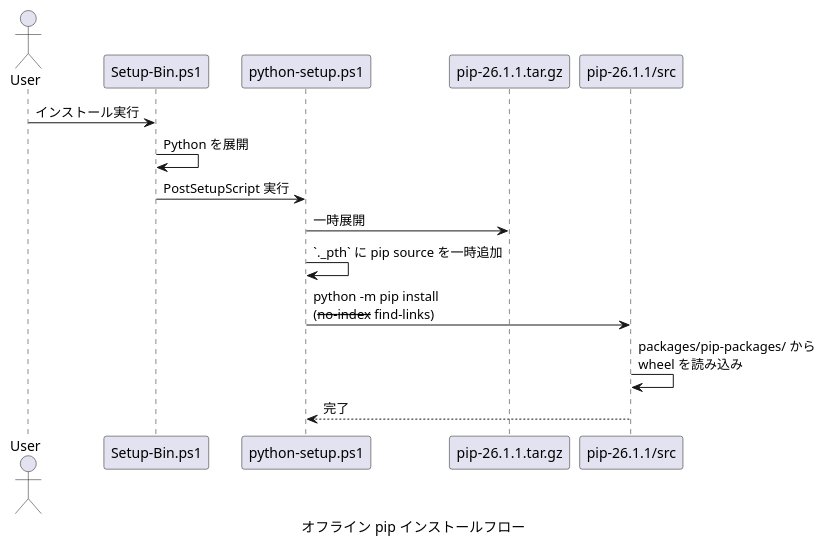
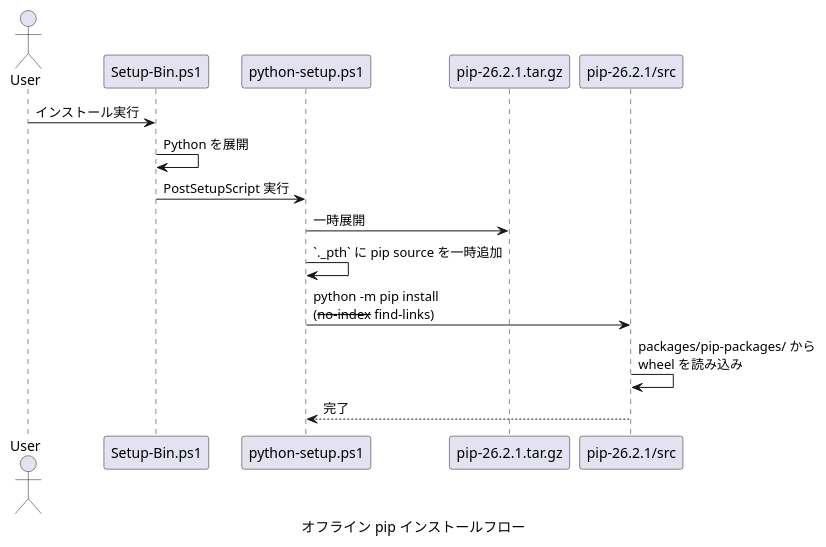
One commit to Hondarer/devbin-win changed the third of 4 diagrams in docs/offline-pip-design.md. Above: the diagram before and after it, drawn with PlantUML. The commit also changed other lines of this file and 18 other files, not shown here.

````diff
--- a/docs/offline-pip-design.md
+++ b/docs/offline-pip-design.md
@@ -129,19 +129,19 @@
 ```plantuml
 @startuml オフライン pip インストールフロー
 caption オフライン pip インストールフロー
 actor User
 participant "Setup-Bin.ps1" as Setup
 participant "python-setup.ps1" as PySetup
-participant "pip-26.1.1.tar.gz" as PipSrc
-participant "pip-26.1.1/src" as PipModule
+participant "pip-26.2.1.tar.gz" as PipSrc
+participant "pip-26.2.1/src" as PipModule
 
 User -> Setup: インストール実行
 Setup -> Setup: Python を展開
 Setup -> PySetup: PostSetupScript 実行
 PySetup -> PipSrc: 一時展開
 PySetup -> PySetup: `._pth` に pip source を一時追加
 PySetup -> PipModule: python -m pip install\n(--no-index --find-links)
 PipModule -> PipModule: packages/pip-packages/ から\nwheel を読み込み
 PipModule --> PySetup: 完了
 @enduml
 ```
````
